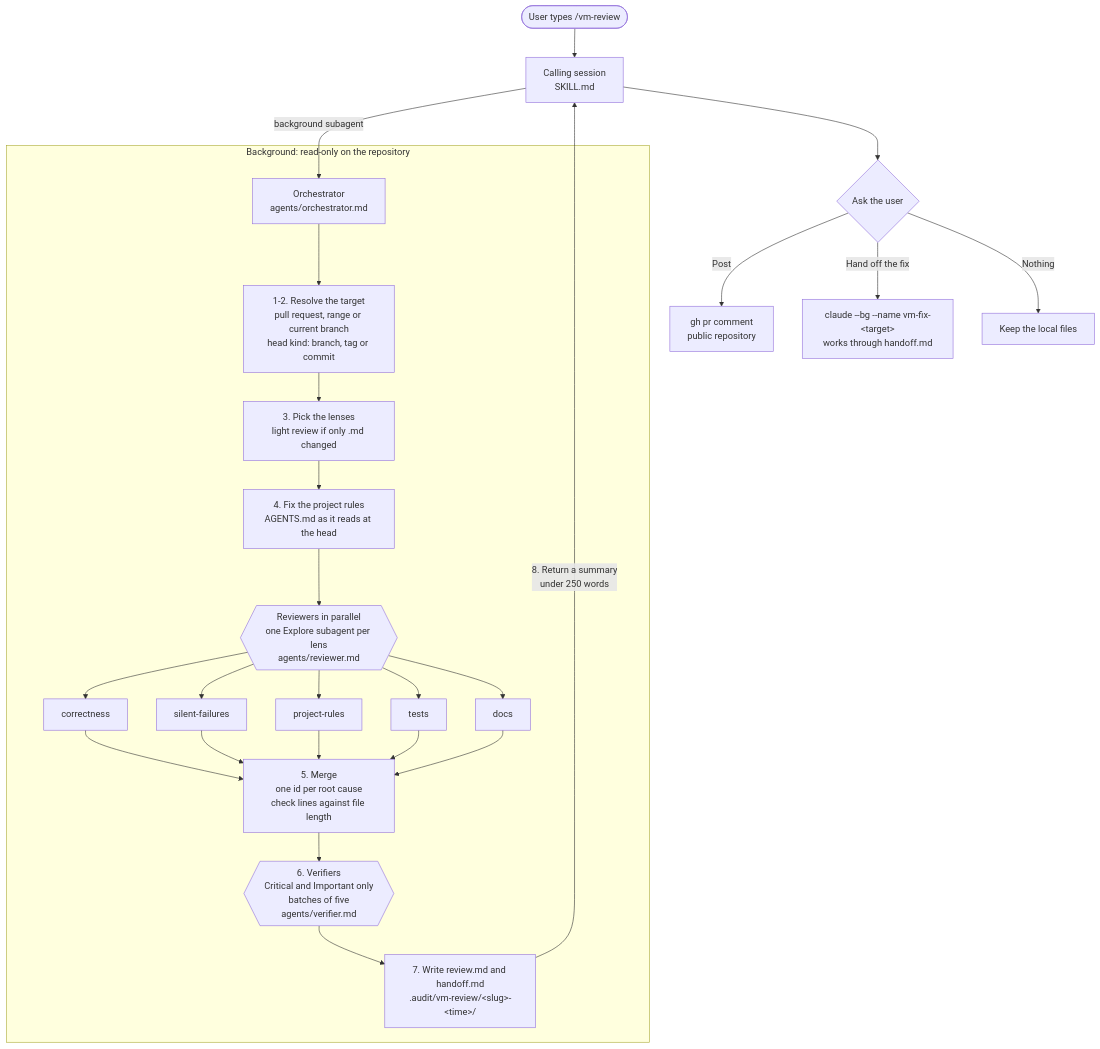
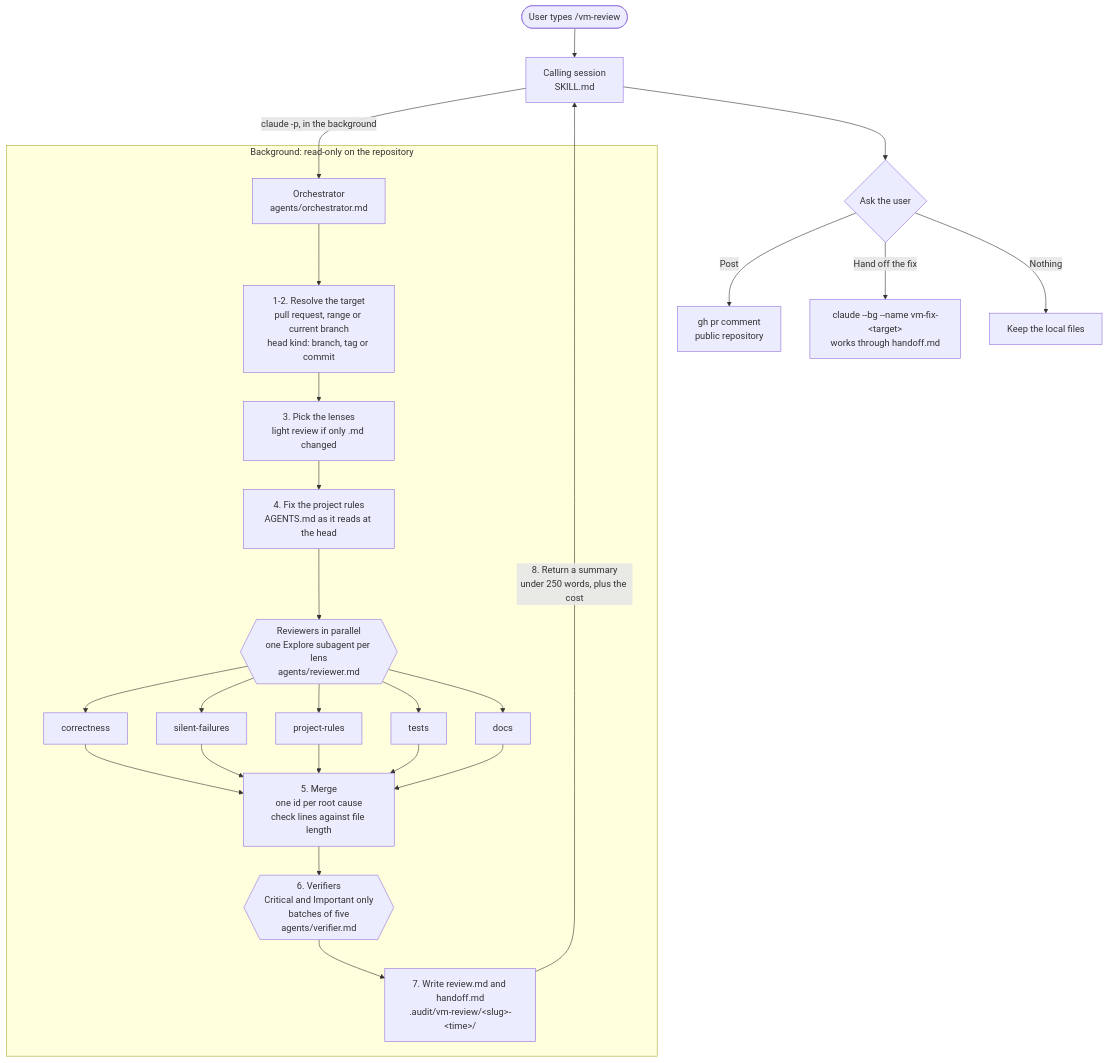
Before and after one commit to prubiella/vending-machine-challenge: the diagram in .claude/skills/vm-review/README.md, drawn with Mermaid. The commit also changed other lines of this file and 5 other files, not shown here.

First line of the commit message:
refactor(claude): vm-review launches its orchestrator with claude -p

````diff
--- a/.claude/skills/vm-review/README.md
+++ b/.claude/skills/vm-review/README.md
@@ -12,26 +13,26 @@
 ```mermaid
 flowchart TD
     U([User types /vm-review]) --> S[Calling session<br/>SKILL.md]
-    S -->|background subagent| O[Orchestrator<br/>agents/orchestrator.md]
+    S -->|claude -p, in the background| O[Orchestrator<br/>agents/orchestrator.md]
 
     subgraph BG [Background: read-only on the repository]
         O --> T[1-2. Resolve the target<br/>pull request, range or current branch<br/>head kind: branch, tag or commit]
         T --> L[3. Pick the lenses<br/>light review if only .md changed]
         L --> R0[4. Fix the project rules<br/>AGENTS.md as it reads at the head]
         R0 --> P{{Reviewers in parallel<br/>one Explore subagent per lens<br/>agents/reviewer.md}}
         P --> C1[correctness]
         P --> C2[silent-failures]
         P --> C3[project-rules]
         P --> C4[tests]
         P --> C5[docs]
         C1 & C2 & C3 & C4 & C5 --> M[5. Merge<br/>one id per root cause<br/>check lines against file length]
         M --> V{{6. Verifiers<br/>Critical and Important only<br/>batches of five<br/>agents/verifier.md}}
         V --> W[7. Write review.md and handoff.md<br/>.audit/vm-review/&lt;slug&gt;-&lt;time&gt;/]
     end
 
-    W -->|8. Return a summary<br/>under 250 words| S
+    W -->|8. Return a summary<br/>under 250 words, plus the cost| S
     S --> Q{Ask the user}
     Q -->|Post| G[gh pr comment<br/>public repository]
     Q -->|Hand off the fix| F[claude --bg --name vm-fix-&lt;target&gt;<br/>works through handoff.md]
     Q -->|Nothing| N[Keep the local files]
 ```
````
